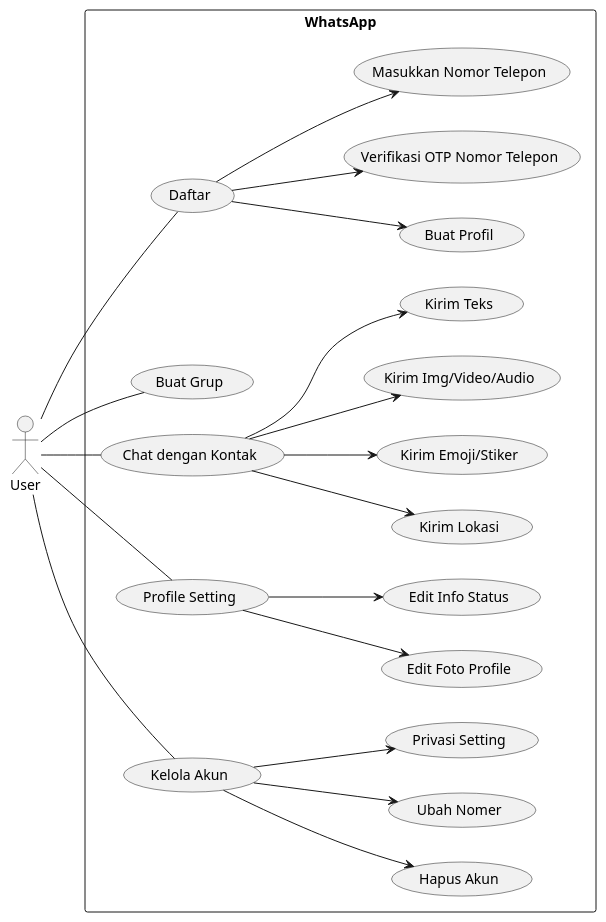
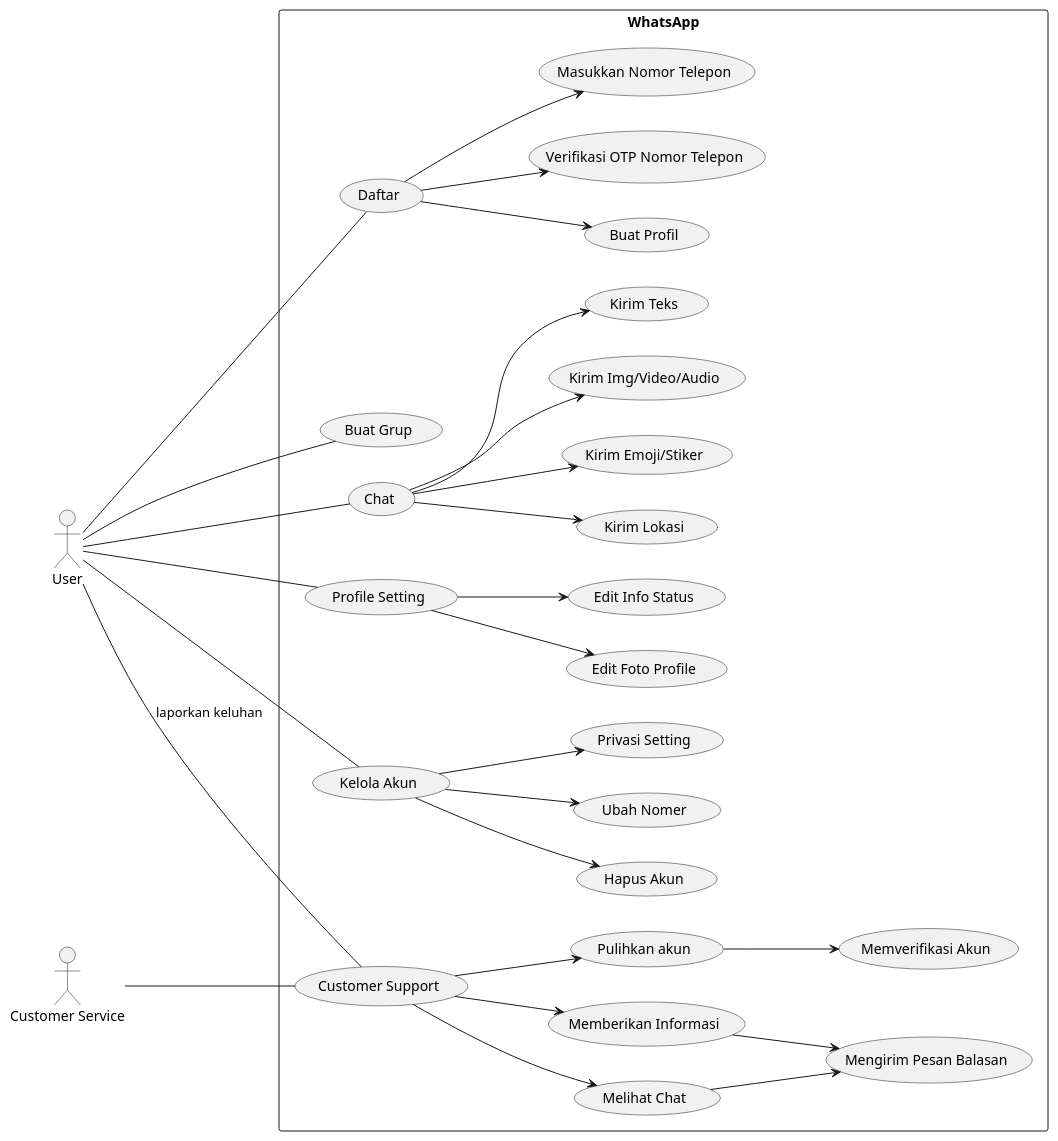
One commit to fikiap23/chatbro changed the diagram in use_case.plantuml. Above: the diagram before and after it, drawn with PlantUML. The commit also changed 3 other files, not shown here.

```diff
--- a/use_case.plantuml
+++ b/use_case.plantuml
@@ -1,32 +1,40 @@
 @startuml
-
 left to right direction
 actor User as U
+actor "Customer Service" as CS
+
 rectangle WhatsApp {
   U -- (Daftar) 
   U -- (Buat Grup)
-  U -- (Chat dengan Kontak)
+  U -- (Chat)
   U -- (Profile Setting)
   U -- (Kelola Akun)
- 
+  U -- (Customer Support): laporkan keluhan
+  CS -- (Customer Support) 
 
-  (Daftar) --> (Buat Profil)
+ (Daftar) --> (Buat Profil)
   (Daftar) --> (Verifikasi OTP Nomor Telepon)
   (Daftar) --> (Masukkan Nomor Telepon)
 
-  (Chat dengan Kontak) --> (Kirim Lokasi)
-  (Chat dengan Kontak) --> (Kirim Emoji/Stiker)
-  (Chat dengan Kontak) --> (Kirim Img/Video/Audio)
-  (Chat dengan Kontak) --> (Kirim Teks)
+  (Chat) --> (Kirim Lokasi)
+  (Chat) --> (Kirim Emoji/Stiker)
+  (Chat) --> (Kirim Img/Video/Audio)
+  (Chat) --> (Kirim Teks)
   
   (Profile Setting) --> (Edit Foto Profile)
   (Profile Setting) --> (Edit Info Status)
   
   (Kelola Akun) --> (Hapus Akun)
   (Kelola Akun) --> (Ubah Nomer)
   (Kelola Akun) --> (Privasi Setting)
 
+  (Customer Support) --> (Melihat Chat)
+(Customer Support) --> (Memberikan Informasi)
+(Customer Support) --> (Pulihkan akun)
 
+(Melihat Chat) --> (Mengirim Pesan Balasan)
+(Memberikan Informasi) --> (Mengirim Pesan Balasan)
+(Pulihkan akun) --> (Memverifikasi Akun)
 }
 
 @enduml
```
